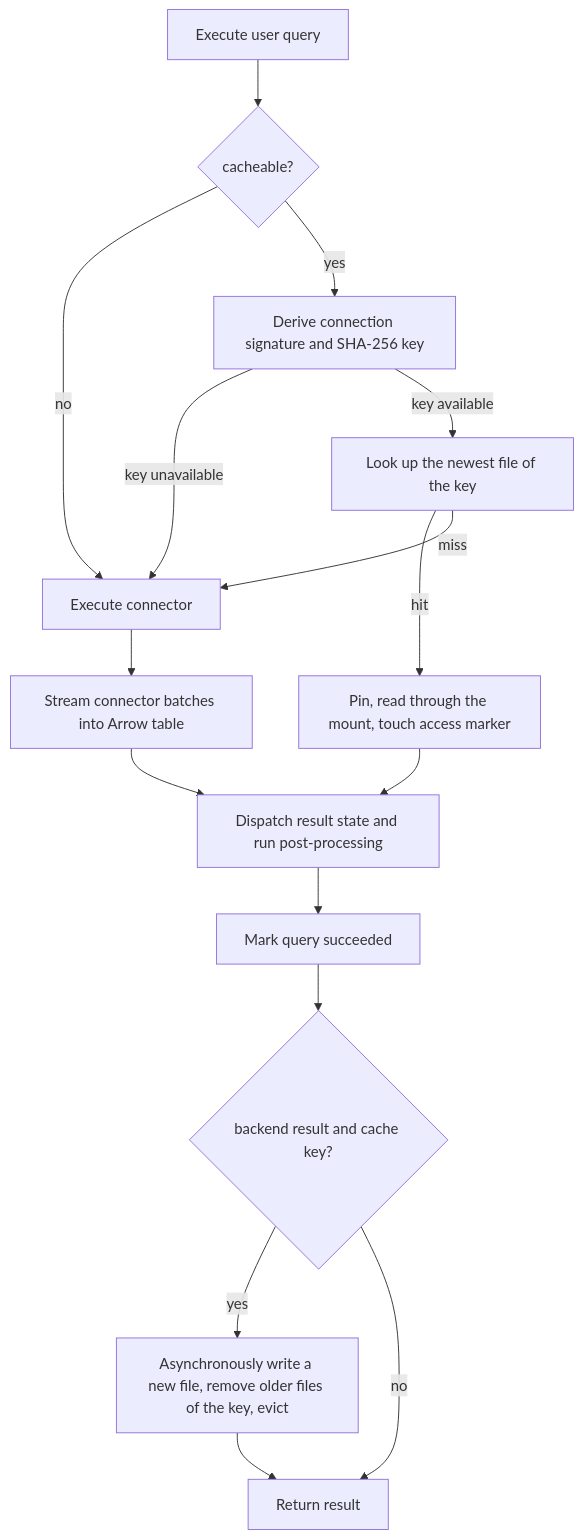
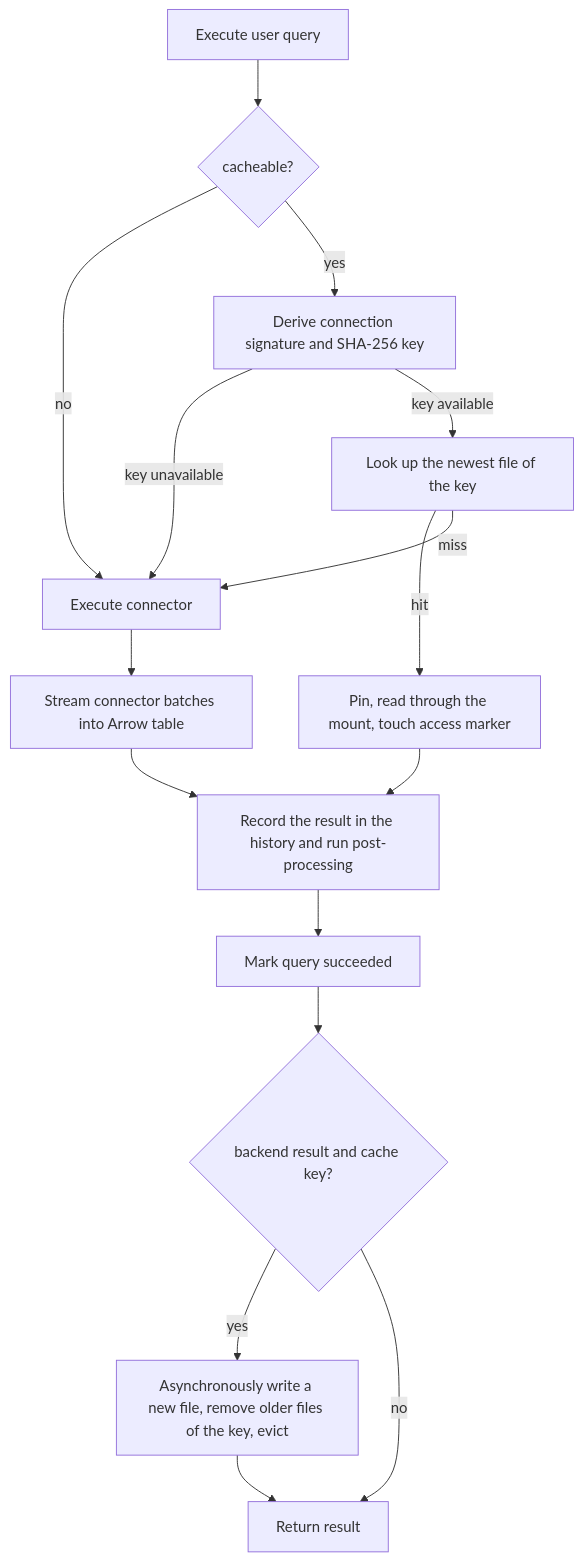
Before and after one commit to ankoh/dashql: the diagram in docs/design/query_cache.md, drawn with Mermaid. The commit also changed other lines of this file and 22 other files, not shown here.

````diff
--- a/docs/design/query_cache.md
+++ b/docs/design/query_cache.md
@@ -116,18 +116,18 @@
 ```mermaid
 flowchart TD
     A[Execute user query] --> B{cacheable?}
     B -- no --> F[Execute connector]
     B -- yes --> C[Derive connection signature and SHA-256 key]
     C -- key unavailable --> F
     C -- key available --> D[Look up the newest file of the key]
     D -- hit --> E[Pin, read through the mount, touch access marker]
     D -- miss --> F
-    E --> G[Dispatch result state and run post-processing]
+    E --> G[Record the result in the history and run post-processing]
     F --> H[Stream connector batches into Arrow table]
     H --> G
     G --> I[Mark query succeeded]
     I --> J{backend result and cache key?}
     J -- yes --> K[Asynchronously write a new file, remove older files of the key, evict]
     J -- no --> L[Return result]
     K --> L
 ```
````
